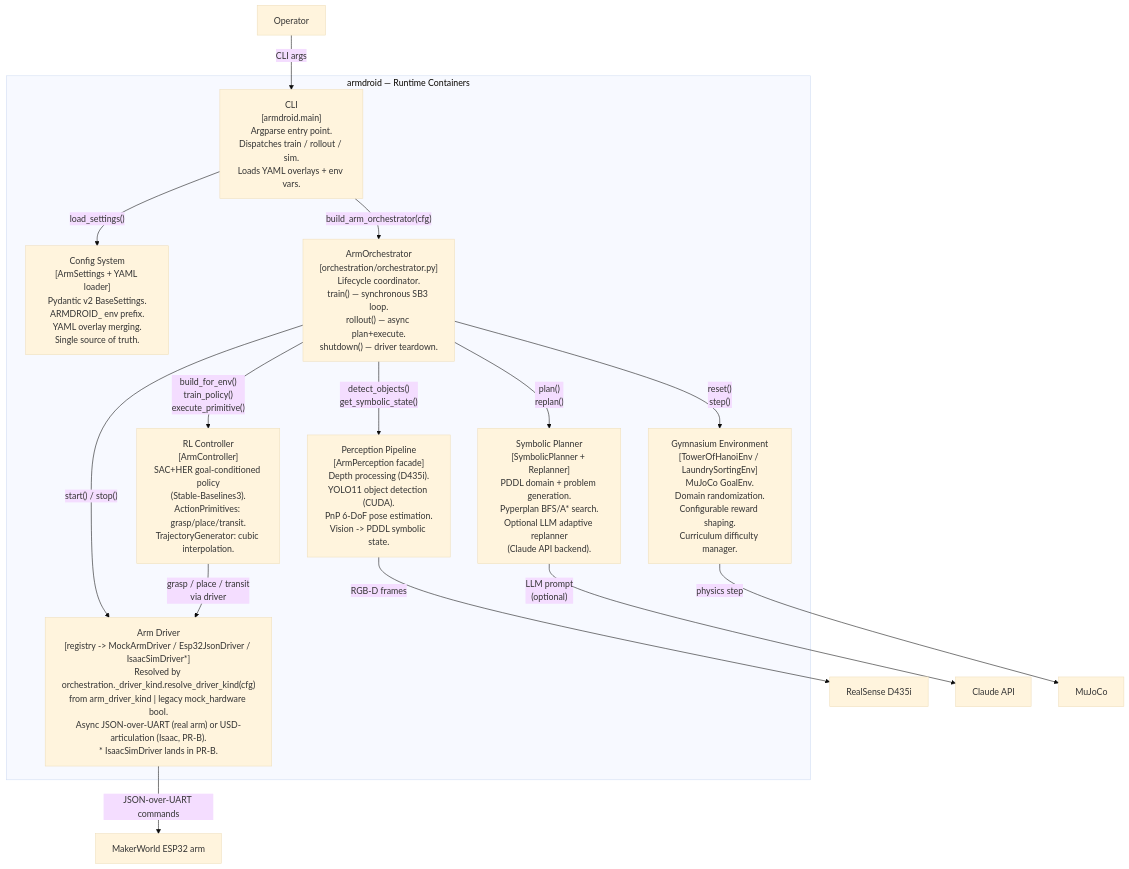
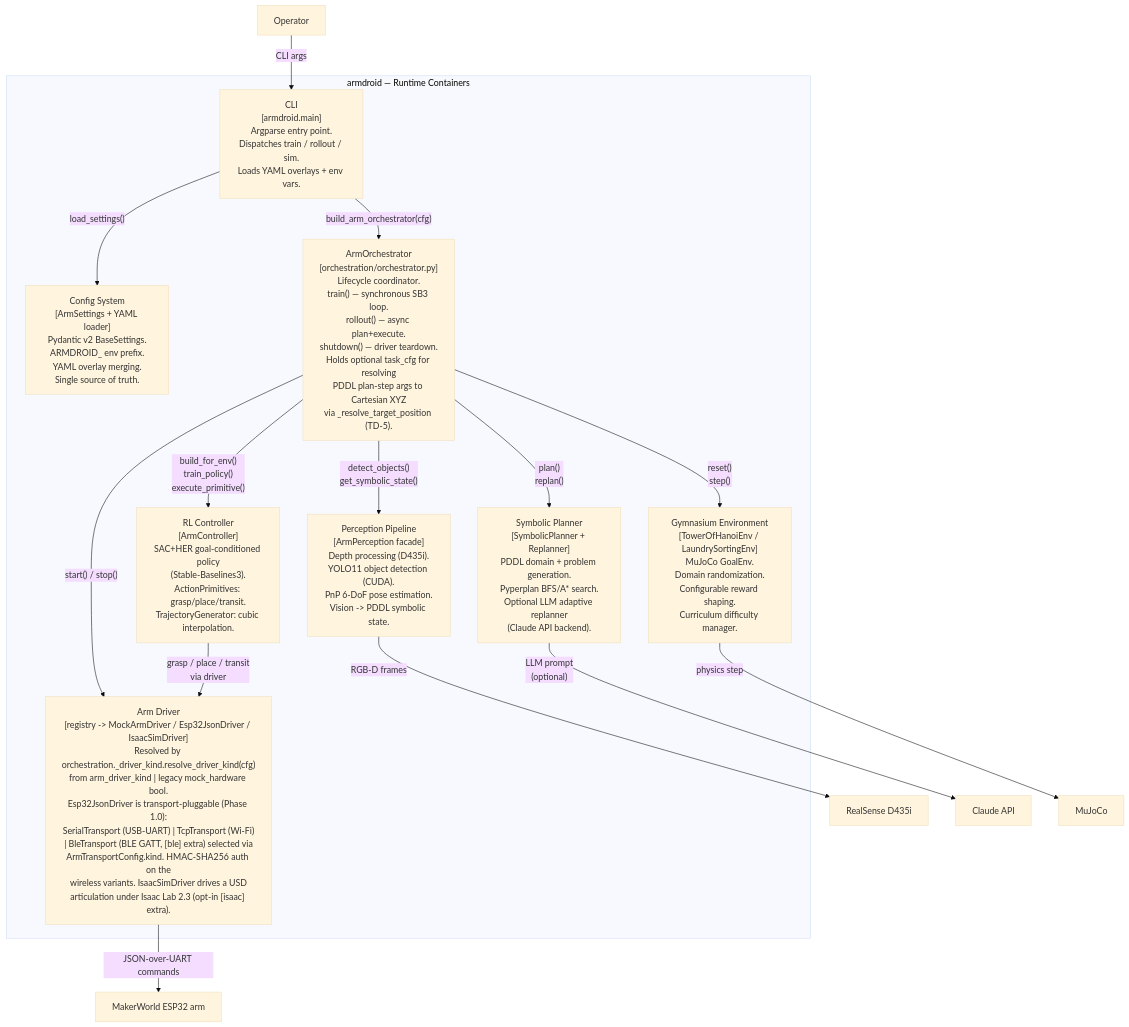
The second of 4 diagrams in docs/architecture/C4.md (ianshank/Arm_Droid), drawn with Mermaid (base theme) before and after one commit. The commit also changed 5 other files, not shown here.

````diff
--- a/docs/architecture/C4.md
+++ b/docs/architecture/C4.md
@@ -47,40 +47,40 @@
 ```mermaid
 graph TD
     subgraph armdroid ["armdroid — Runtime Containers"]
         cli["CLI\n[armdroid.main]\nArgparse entry point.\nDispatches train / rollout / sim.\nLoads YAML overlays + env vars."]
 
         cfg["Config System\n[ArmSettings + YAML loader]\nPydantic v2 BaseSettings.\nARMDROID_ env prefix.\nYAML overlay merging.\nSingle source of truth."]
 
-        orch["ArmOrchestrator\n[orchestration/orchestrator.py]\nLifecycle coordinator.\ntrain() — synchronous SB3 loop.\nrollout() — async plan+execute.\nshutdown() — driver teardown."]
+        orch["ArmOrchestrator\n[orchestration/orchestrator.py]\nLifecycle coordinator.\ntrain() — synchronous SB3 loop.\nrollout() — async plan+execute.\nshutdown() — driver teardown.\nHolds optional task_cfg for resolving\nPDDL plan-step args to Cartesian XYZ\nvia _resolve_target_position (TD-5)."]
 
         perception["Perception Pipeline\n[ArmPerception facade]\nDepth processing (D435i).\nYOLO11 object detection (CUDA).\nPnP 6-DoF pose estimation.\nVision -> PDDL symbolic state."]
 
         planner["Symbolic Planner\n[SymbolicPlanner + Replanner]\nPDDL domain + problem generation.\nPyperplan BFS/A* search.\nOptional LLM adaptive replanner\n(Claude API backend)."]
 
         controller["RL Controller\n[ArmController]\nSAC+HER goal-conditioned policy\n(Stable-Baselines3).\nActionPrimitives: grasp/place/transit.\nTrajectoryGenerator: cubic interpolation."]
 
         env["Gymnasium Environment\n[TowerOfHanoiEnv / LaundrySortingEnv]\nMuJoCo GoalEnv.\nDomain randomization.\nConfigurable reward shaping.\nCurriculum difficulty manager."]
 
-        driver["Arm Driver\n[registry -> MockArmDriver / Esp32JsonDriver / IsaacSimDriver*]\nResolved by orchestration._driver_kind.resolve_driver_kind(cfg)\nfrom arm_driver_kind | legacy mock_hardware bool.\nAsync JSON-over-UART (real arm) or USD-articulation (Isaac, PR-B).\n* IsaacSimDriver lands in PR-B."]
+        driver["Arm Driver\n[registry -> MockArmDriver / Esp32JsonDriver / IsaacSimDriver]\nResolved by orchestration._driver_kind.resolve_driver_kind(cfg)\nfrom arm_driver_kind | legacy mock_hardware bool.\nEsp32JsonDriver is transport-pluggable (Phase 1.0):\nSerialTransport (USB-UART) | TcpTransport (Wi-Fi)\n| BleTransport (BLE GATT, [ble] extra) selected via\nArmTransportConfig.kind. HMAC-SHA256 auth on the\nwireless variants. IsaacSimDriver drives a USD\narticulation under Isaac Lab 2.3 (opt-in [isaac] extra)."]
     end
 
     user["Operator"]
     hw["MakerWorld ESP32 arm"]
     cam["RealSense D435i"]
     llm["Claude API"]
     sim["MuJoCo"]
 
     user -->|"CLI args"| cli
     cli -->|"load_settings()"| cfg
     cli -->|"build_arm_orchestrator(cfg)"| orch
     orch -->|"detect_objects()\nget_symbolic_state()"| perception
     orch -->|"plan()\nreplan()"| planner
     orch -->|"build_for_env()\ntrain_policy()\nexecute_primitive()"| controller
     orch -->|"reset()\nstep()"| env
     orch -->|"start() / stop()"| driver
     controller -->|"grasp / place / transit\nvia driver"| driver
     planner -->|"LLM prompt\n(optional)"| llm
     perception -->|"RGB-D frames"| cam
     driver -->|"JSON-over-UART commands"| hw
     env -->|"physics step"| sim
 ```
````
